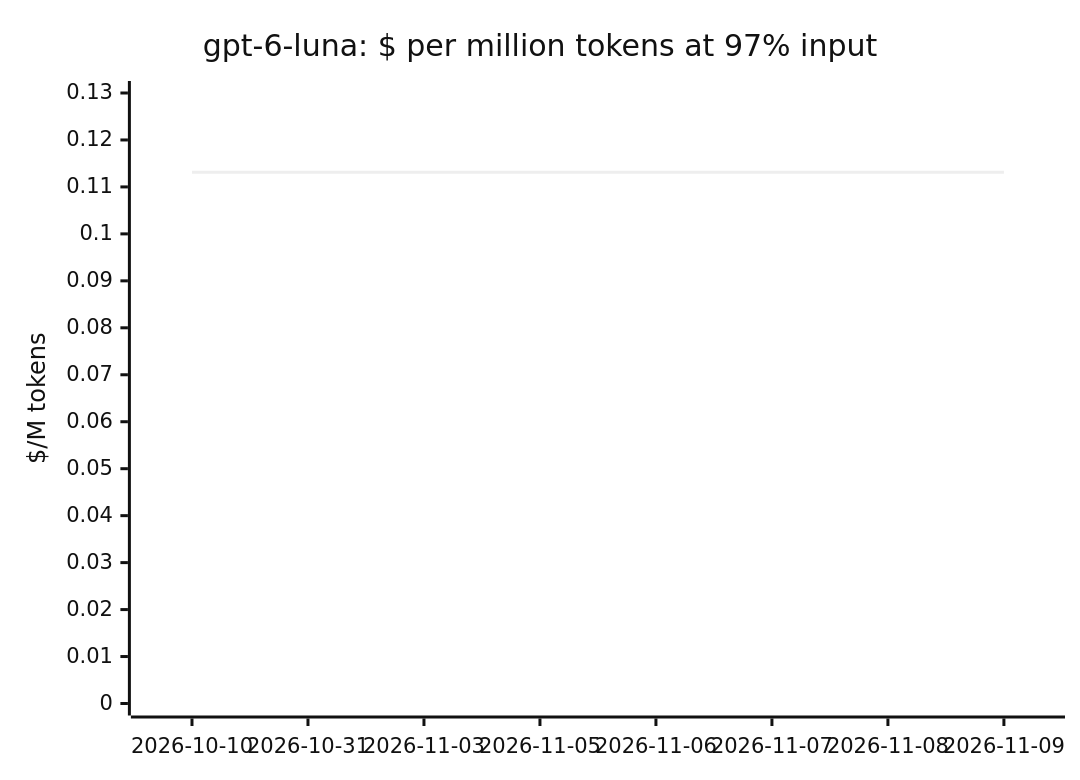
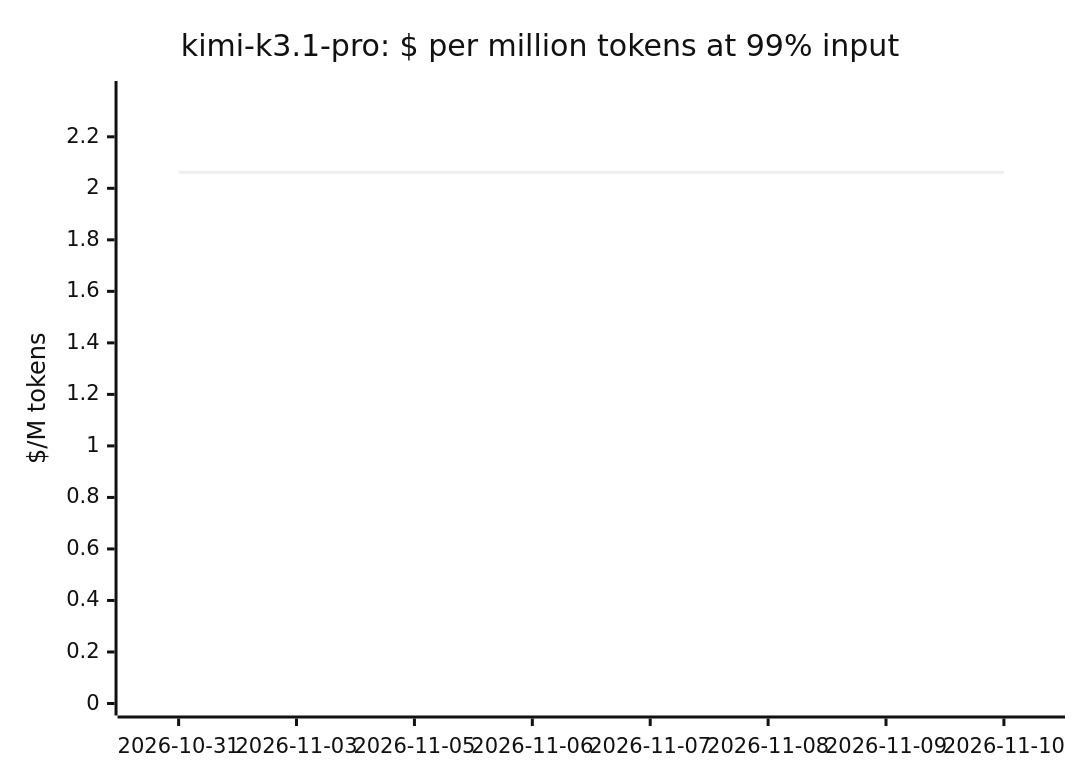
One commit to cklukas/OMEGA_TRANSFORM changed diagram 12 of 19 in docs/openrouter-models.md. Above: the diagram before and after it, drawn with Mermaid (neutral theme). The commit also changed other lines of this file and 49 other files, not shown here.

````diff
--- a/docs/openrouter-models.md
+++ b/docs/openrouter-models.md
@@ -242,7 +238,7 @@
 ```mermaid
 xychart-beta
-    title "gpt-6-luna: $ per million tokens at 97% input"
-    x-axis ["2026-10-10", "2026-10-31", "2026-11-03", "2026-11-05", "2026-11-06", "2026-11-07", "2026-11-08", "2026-11-09"]
-    y-axis "$/M tokens" 0 --> 0.13
-    line [0.1131, 0.1131, 0.1131, 0.1131, 0.1131, 0.1131, 0.1131, 0.1131]
+    title "kimi-k3.1-pro: $ per million tokens at 99% input"
+    x-axis ["2026-10-31", "2026-11-03", "2026-11-05", "2026-11-06", "2026-11-07", "2026-11-08", "2026-11-09", "2026-11-10"]
+    y-axis "$/M tokens" 0 --> 2.37
+    line [2.062, 2.062, 2.062, 2.062, 2.062, 2.062, 2.062, 2.062]
 ```
````
